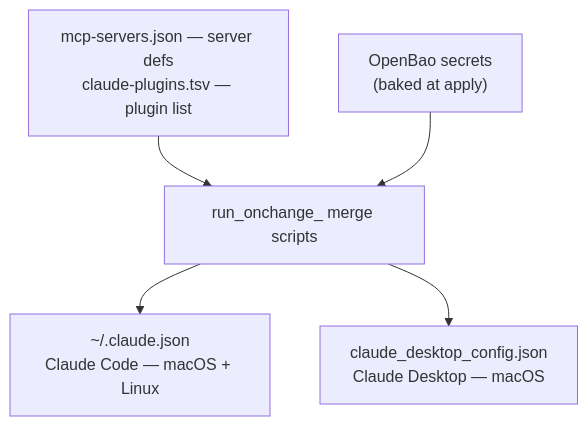
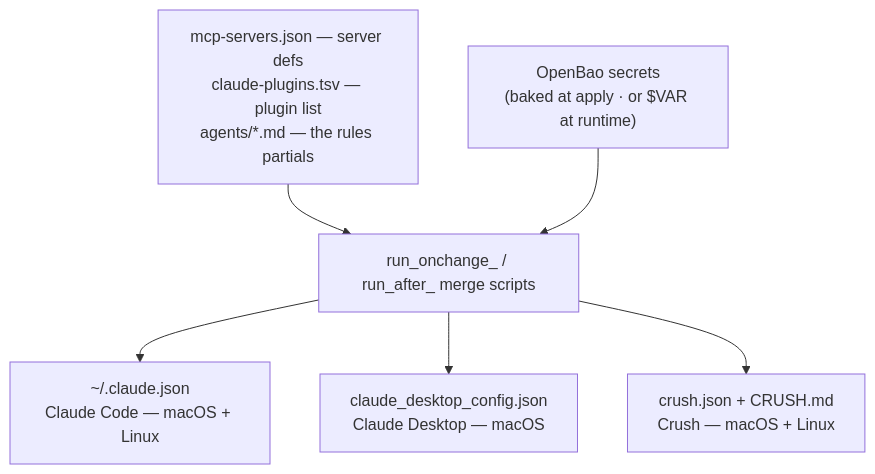
Before and after one commit to joestump/dotfiles: the diagram in website/docs/claude/index.md, drawn with Mermaid. The commit also changed other lines of this file and 22 other files, not shown here.

````diff
--- a/website/docs/claude/index.md
+++ b/website/docs/claude/index.md
@@ -22,12 +26,14 @@
 ```mermaid
 flowchart TD
-    src["mcp-servers.json — server defs<br/>claude-plugins.tsv — plugin list"]
-    bao["OpenBao secrets<br/>(baked at apply)"]
-    merge["run_onchange_ merge scripts"]
+    src["mcp-servers.json — server defs<br/>claude-plugins.tsv — plugin list<br/>agents/*.md — the rules partials"]
+    bao["OpenBao secrets<br/>(baked at apply · or $VAR at runtime)"]
+    merge["run_onchange_ / run_after_ merge scripts"]
     code["~/.claude.json<br/>Claude Code — macOS + Linux"]
     desk["claude_desktop_config.json<br/>Claude Desktop — macOS"]
+    crush["crush.json + CRUSH.md<br/>Crush — macOS + Linux"]
     src --> merge
     bao --> merge
     merge --> code
     merge --> desk
+    merge --> crush
 ```
````
